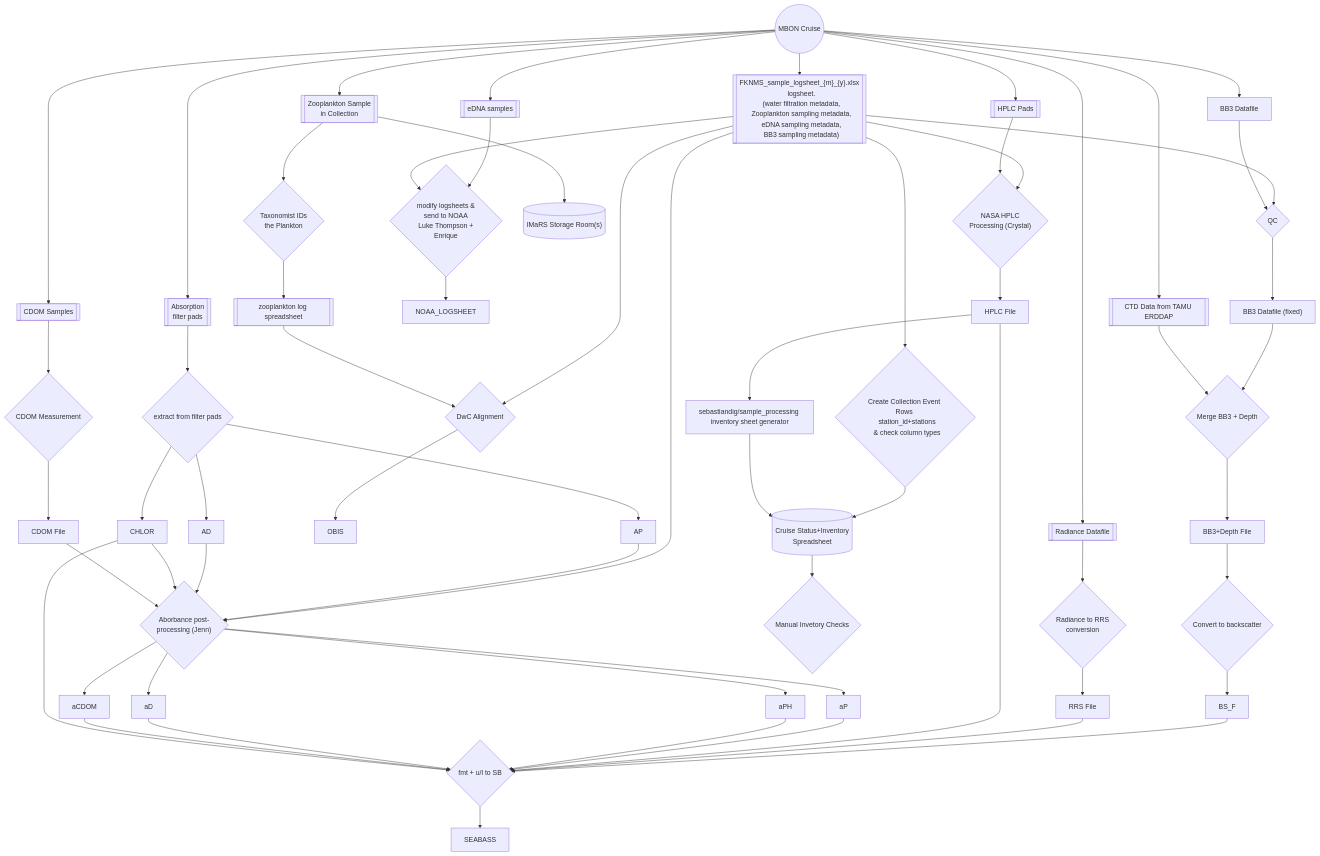
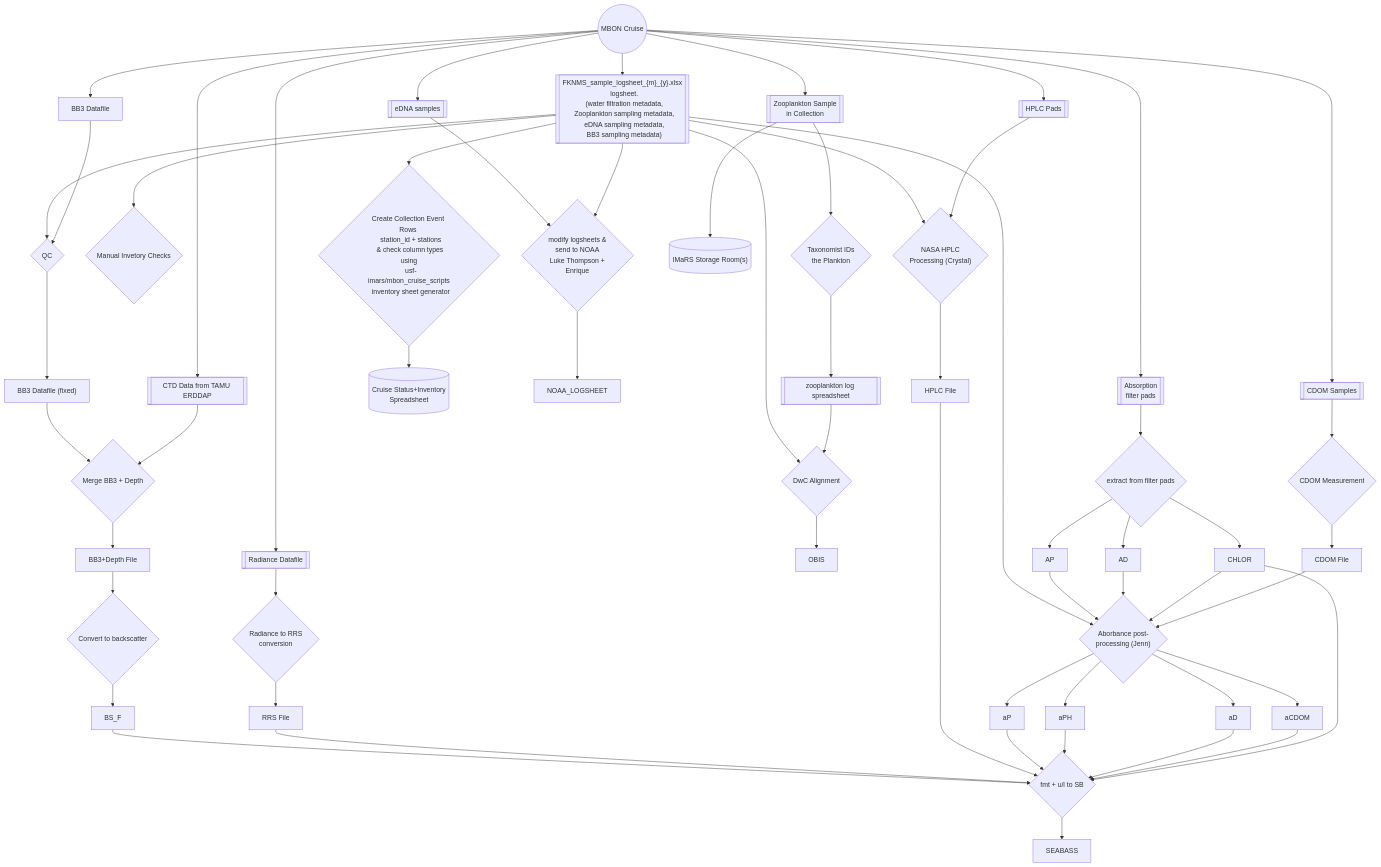
The diagram in raw_data_collection_event_types/MBON_cruises/README.md (USF-IMARS/data-docs), drawn with Mermaid before and after one commit.

```diff
--- a/raw_data_collection_event_types/MBON_cruises/README.md
+++ b/raw_data_collection_event_types/MBON_cruises/README.md
@@ -58,10 +58,14 @@
 %% === inventory pipeline
 LOGSHEET --> ROWS{"
   Create Collection Event Rows 
-  station_id+stations
-  & check column types
+  station_id + stations
+  & check column types using
+  usf-imars/mbon_cruise_scripts
+  inventory sheet generator
   "}
   --> INVENTORY[(Cruise Status+Inventory \n Spreadsheet)]
+LOGSHEET 
+  --> INVENTORY_MANAGE{Manual Invetory Checks}
 
 %% === eDNA pipeline
 eDNA[[eDNA samples]]
@@ -97,10 +101,6 @@
 NASA --> HPLC_F[HPLC File]
 HPLC_F --> SB_FMT
   --> SEABASS
-HPLC_F 
-  --> inventory_gen["sebastiandig/sample_processing inventory sheet generator"]
-  --> INVENTORY
-  --> INVENTORY_MANAGE{Manual Invetory Checks}
 
 %% === zooplankton pipeline
 ZOO --> TAXIZE{Taxonomist IDs \n the Plankton}
```
